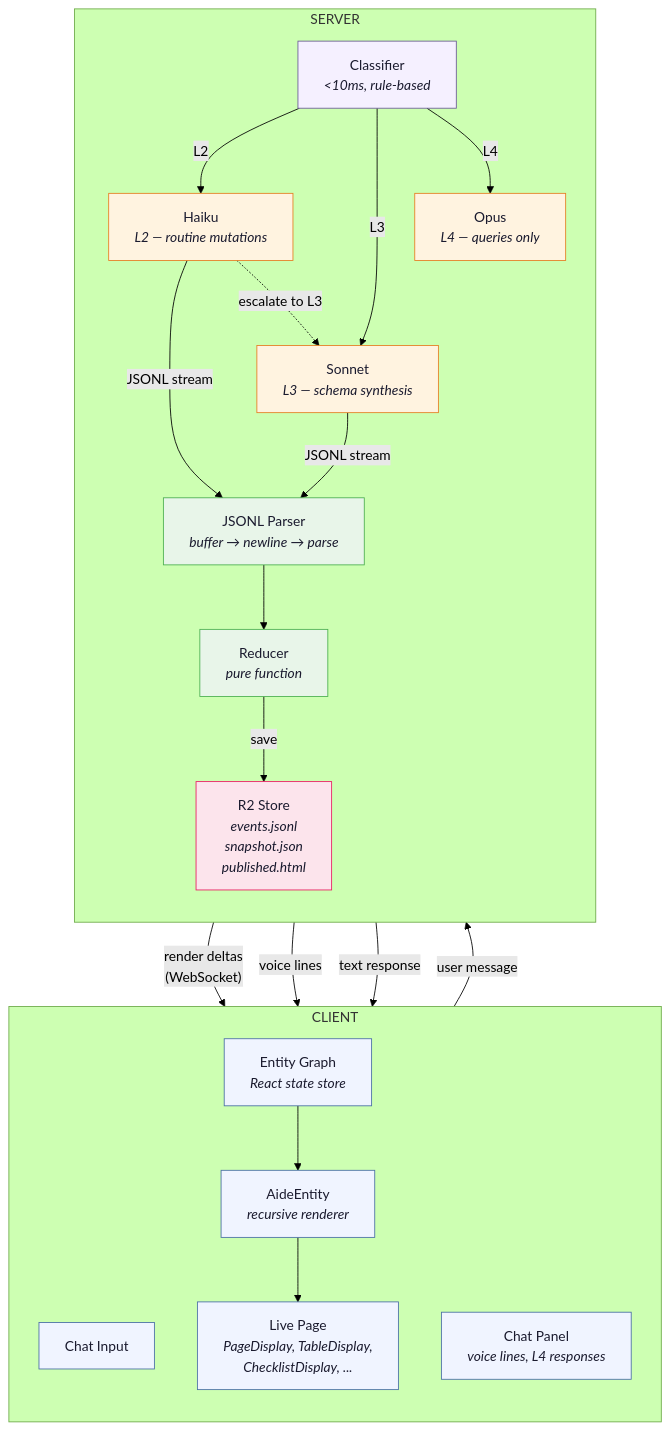
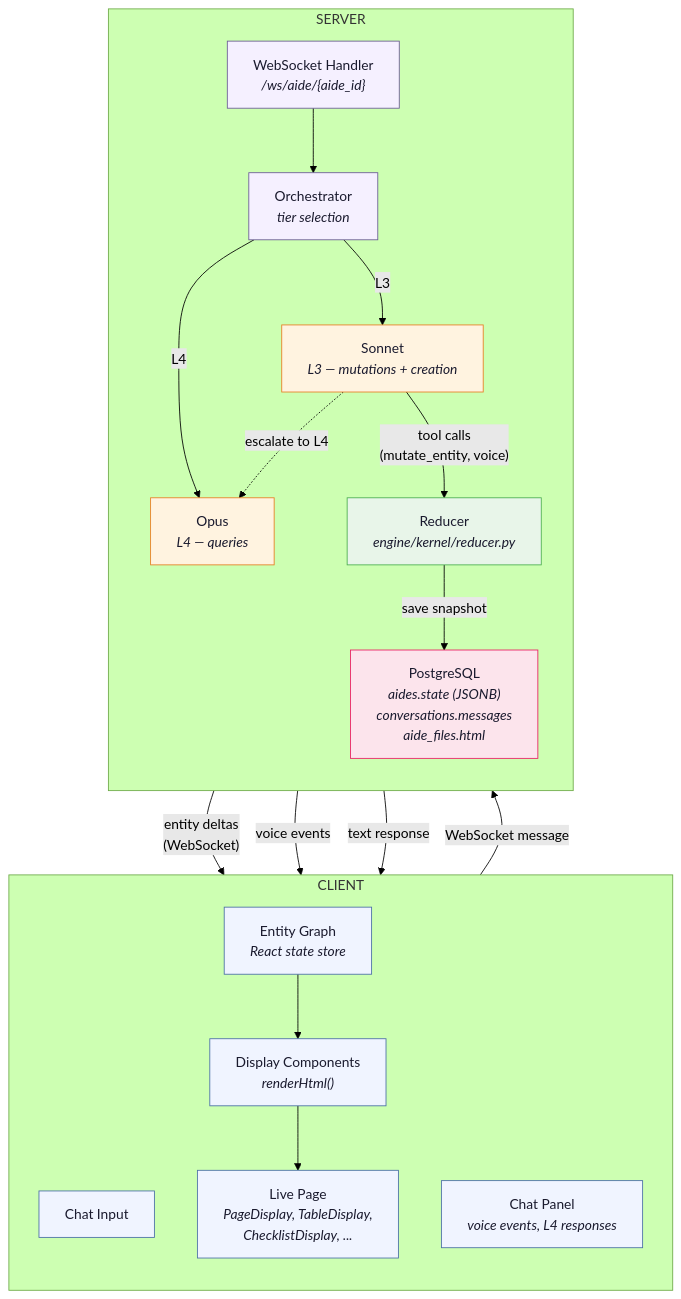
Before and after one commit to zcancio/aide: the diagram in docs/eng_design/aide_v2_architecture.mermaid, drawn with Mermaid (forest theme). The commit also changed 4 other files, not shown here.

First line of the commit message:
docs: update remaining docs to two-tier architecture (L3/L4)

```diff
--- a/docs/eng_design/aide_v2_architecture.mermaid
+++ b/docs/eng_design/aide_v2_architecture.mermaid
@@ -1,53 +1,50 @@
 graph TD
     subgraph CLIENT["CLIENT"]
         direction TB
         INPUT["Chat Input"]
-        CHAT["Chat Panel<br/><i>voice lines, L4 responses</i>"]
+        CHAT["Chat Panel<br/><i>voice events, L4 responses</i>"]
         GRAPH["Entity Graph<br/><i>React state store</i>"]
-        RENDERER["AideEntity<br/><i>recursive renderer</i>"]
+        RENDERER["Display Components<br/><i>renderHtml()</i>"]
         PAGE["Live Page<br/><i>PageDisplay, TableDisplay,<br/>ChecklistDisplay, ...</i>"]
-        
+
         GRAPH --> RENDERER
         RENDERER --> PAGE
     end
 
     subgraph SERVER["SERVER"]
         direction TB
-        CLASSIFIER["Classifier<br/><i>&lt;10ms, rule-based</i>"]
-        
-        HAIKU["Haiku<br/><i>L2 — routine mutations</i>"]
-        SONNET["Sonnet<br/><i>L3 — schema synthesis</i>"]
-        OPUS["Opus<br/><i>L4 — queries only</i>"]
-        
-        PARSER["JSONL Parser<br/><i>buffer → newline → parse</i>"]
-        REDUCER["Reducer<br/><i>pure function</i>"]
-        R2["R2 Store<br/><i>events.jsonl<br/>snapshot.json<br/>published.html</i>"]
-        
-        CLASSIFIER -->|"L2"| HAIKU
-        CLASSIFIER -->|"L3"| SONNET
-        CLASSIFIER -->|"L4"| OPUS
-        
-        HAIKU -->|"JSONL stream"| PARSER
-        SONNET -->|"JSONL stream"| PARSER
-        HAIKU -.->|"escalate to L3"| SONNET
-        
-        PARSER --> REDUCER
-        REDUCER -->|"save"| R2
+        WS["WebSocket Handler<br/><i>/ws/aide/{aide_id}</i>"]
+        ORCH["Orchestrator<br/><i>tier selection</i>"]
+
+        SONNET["Sonnet<br/><i>L3 — mutations + creation</i>"]
+        OPUS["Opus<br/><i>L4 — queries</i>"]
+
+        REDUCER["Reducer<br/><i>engine/kernel/reducer.py</i>"]
+        DB["PostgreSQL<br/><i>aides.state (JSONB)<br/>conversations.messages<br/>aide_files.html</i>"]
+
+        WS --> ORCH
+        ORCH -->|"L3"| SONNET
+        ORCH -->|"L4"| OPUS
+
+        SONNET -->|"tool calls<br/>(mutate_entity, voice)"| REDUCER
+        SONNET -.->|"escalate to L4"| OPUS
+
+        REDUCER -->|"save snapshot"| DB
     end
 
-    INPUT -->|"user message"| CLASSIFIER
-    REDUCER -->|"render deltas<br/>(WebSocket)"| GRAPH
-    PARSER -->|"voice lines"| CHAT
+    INPUT -->|"WebSocket message"| WS
+    REDUCER -->|"entity deltas<br/>(WebSocket)"| GRAPH
+    REDUCER -->|"voice events"| CHAT
     OPUS -->|"text response"| CHAT
 
     classDef client fill:#f0f4ff,stroke:#4a6fa5,color:#1a1a2e
     classDef server fill:#f5f0ff,stroke:#6b5b95,color:#1a1a2e
     classDef llm fill:#fff3e0,stroke:#e67e22,color:#1a1a2e
     classDef pipeline fill:#e8f5e9,stroke:#4caf50,color:#1a1a2e
     classDef storage fill:#fce4ec,stroke:#e91e63,color:#1a1a2e
 
     class INPUT,CHAT,GRAPH,RENDERER,PAGE client
-    class CLASSIFIER server
-    class HAIKU,SONNET,OPUS llm
-    class PARSER,REDUCER pipeline
-    class R2 storage
+    class WS,ORCH server
+    class SONNET,OPUS llm
+    class REDUCER pipeline
+    class DB storage
```
